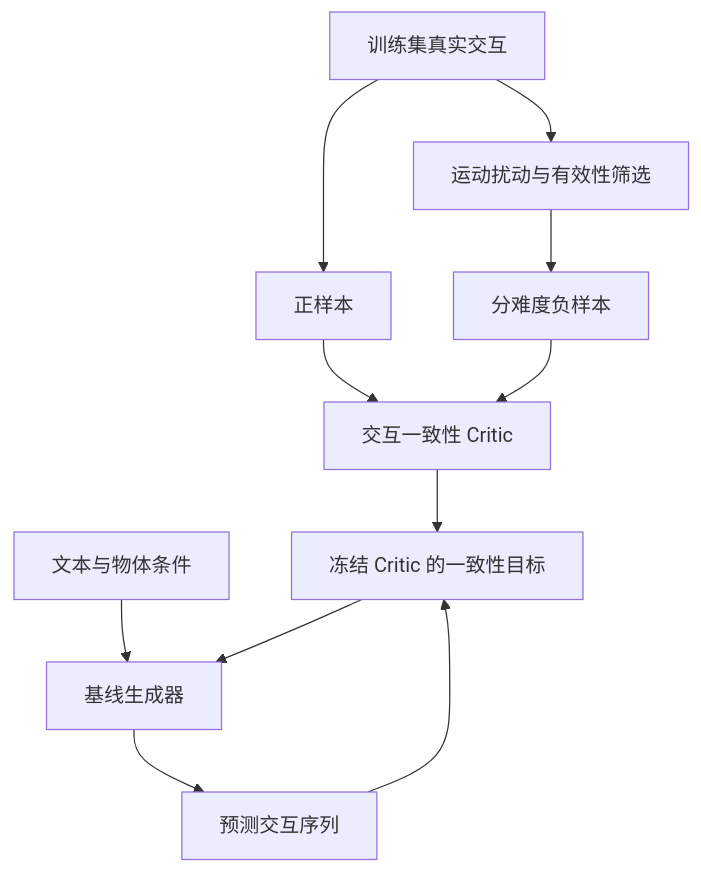
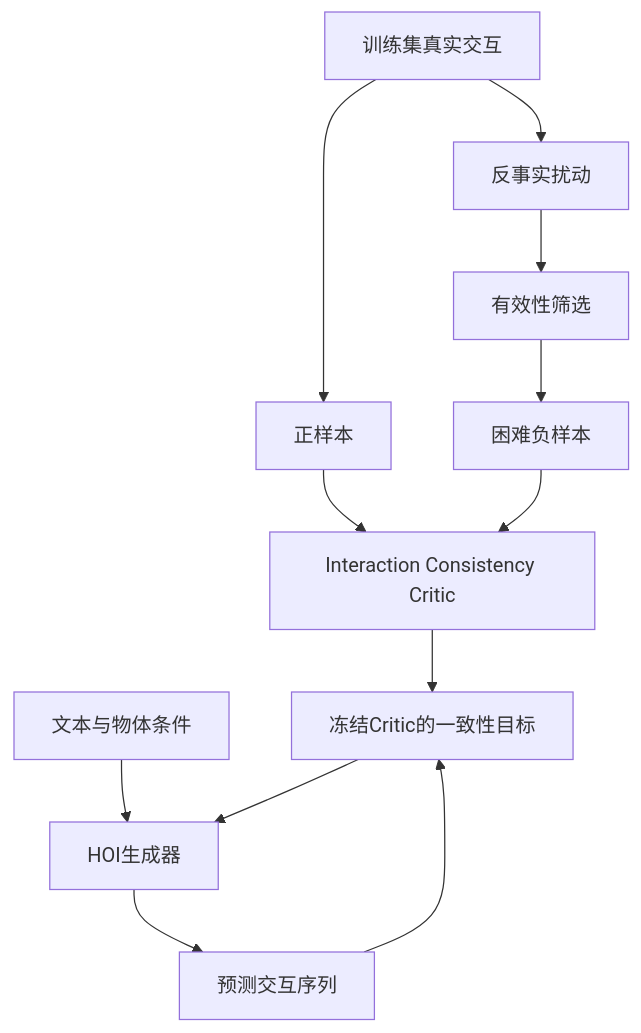
The diagram in README.md (Davidyangneymar/3DHOI), drawn with Mermaid before and after one commit. The commit also changed other lines of this file, not shown here.

````diff
--- a/README.md
+++ b/README.md
@@ -37,13 +80,14 @@
 ```mermaid
 flowchart TD
     A[训练集真实交互] --> B[正样本]
-    A --> C[运动扰动与有效性筛选]
-    C --> D[分难度负样本]
-    B --> E[交互一致性 Critic]
-    D --> E
-    F[文本与物体条件] --> G[基线生成器]
-    G --> H[预测交互序列]
-    E --> I[冻结 Critic 的一致性目标]
-    H --> I
-    I --> G
+    A --> C[反事实扰动]
+    C --> D[有效性筛选]
+    D --> E[困难负样本]
+    B --> F[Interaction Consistency Critic]
+    E --> F
+    G[文本与物体条件] --> H[HOI生成器]
+    H --> I[预测交互序列]
+    F --> J[冻结Critic的一致性目标]
+    I --> J
+    J --> H
 ```
````
